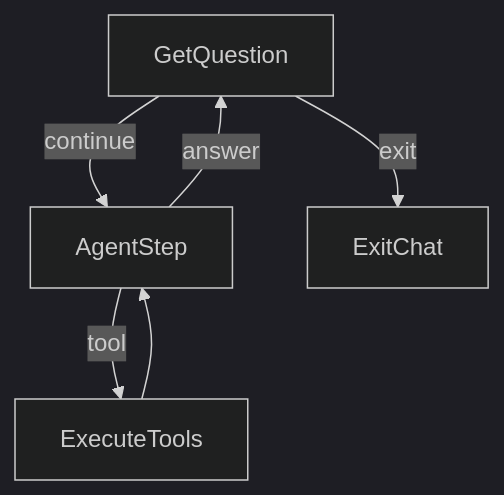
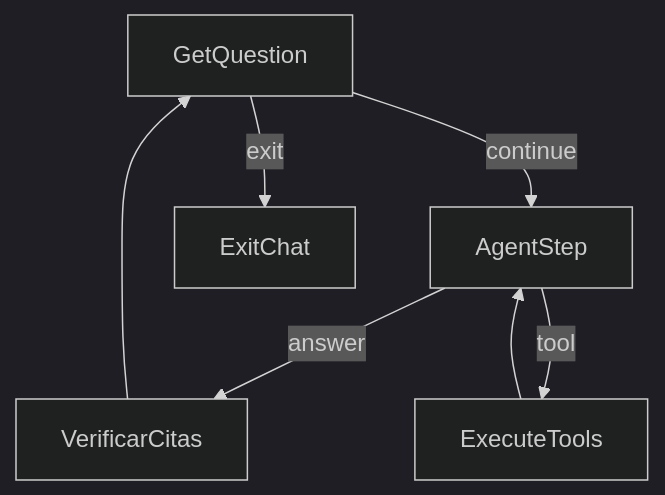
One commit to poladb-afk/deepseek-flow changed the diagram in README.md. Above: the diagram before and after it, drawn with Mermaid (dark theme). The commit also changed 38 other files, not shown here.

````diff
--- a/README.md
+++ b/README.md
@@ -13,8 +13,9 @@
 ```mermaid
 flowchart TD
     q[GetQuestion] -->|continue| s[AgentStep]
-    s -->|answer| q
+    s -->|answer| c[VerificarCitas]
+    c --> q
     s -->|tool| t[ExecuteTools]
     t --> s
     q -->|exit| x[ExitChat]
 ```
````
